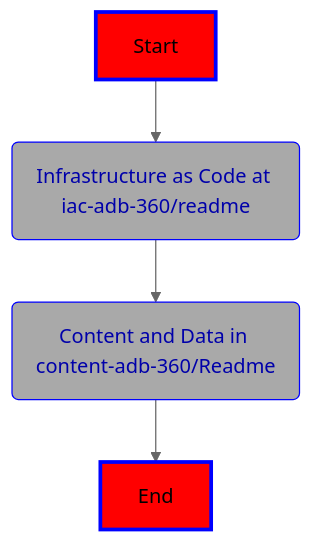
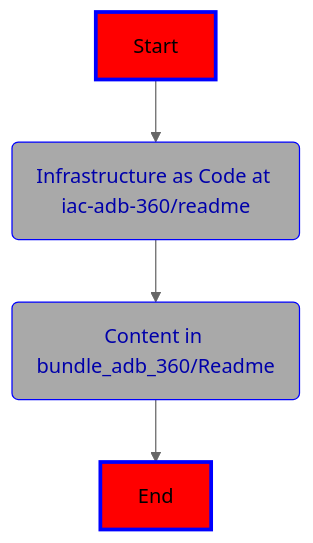
One commit to Azure/Databricks360 changed the diagram in README.md. Above: the diagram before and after it, drawn with Mermaid (neutral theme). The commit also changed other lines of this file, not shown here.

````diff
--- a/README.md
+++ b/README.md
@@ -30,11 +30,11 @@
 ```mermaid
 flowchart TD
 Start --> IaC(Infrastructure as Code at iac-adb-360/readme)
 style Start fill:red,stroke:blue,stroke-width:3px,shadow:shadow
-IaC --> Content(Content and Data in content-adb-360/Readme)
+IaC --> Content(Content in bundle_adb_360/Readme)
 style IaC fill:darkgray,stroke:blue,stroke-witdth:3px,shadow:shadow,color:#0000aa
 Content --> End
 style Content fill:darkgray,stroke:blue,stroke-witdth:3px,shadow:shadow,color:#0000aa
 style End fill:red,stroke:blue,stroke-width:3px,shadow:shadow
 
 ```
````
